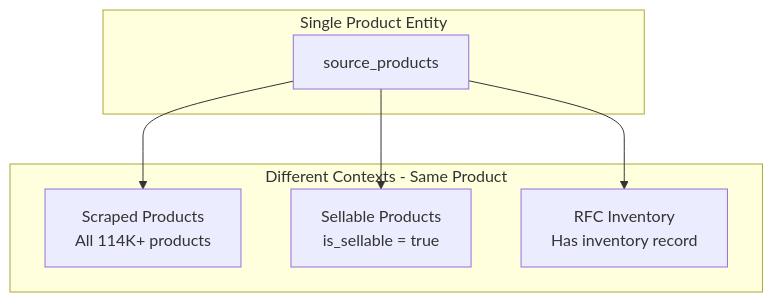
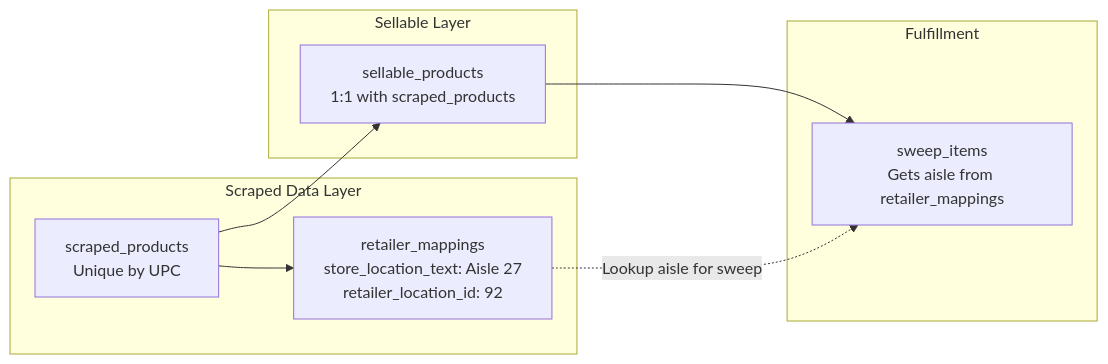
The second of 2 diagrams in docs/architecture/data-model.mdx (andrewdyar/switchyard), drawn with Mermaid before and after one commit. The commit also changed other lines of this file and 68 other files, not shown here.

First line of the commit message:
refactor: Complete database schema restructuring and cleanup

````diff
--- a/docs/architecture/data-model.mdx
+++ b/docs/architecture/data-model.mdx
@@ -14,16 +126,20 @@
 ```mermaid
-flowchart TB
-    subgraph ProductLifecycle [Single Product Entity]
-        SP[source_products]
+flowchart LR
+    subgraph ScrapedData [Scraped Data Layer]
+        SP[scraped_products<br/>Unique by UPC]
+        RM[retailer_mappings<br/>store_location_text: Aisle 27<br/>retailer_location_id: 92]
     end
     
-    subgraph Contexts [Different Contexts - Same Product]
-        Scraped[Scraped Products<br/>All 114K+ products]
-        Sellable[Sellable Products<br/>is_sellable = true]
-        Stocked[RFC Inventory<br/>Has inventory record]
+    subgraph SellableLayer [Sellable Layer]
+        SEL[sellable_products<br/>1:1 with scraped_products]
     end
     
-    SP --> Scraped
-    SP --> Sellable
-    SP --> Stocked
+    subgraph Fulfillment [Fulfillment]
+        SI[sweep_items<br/>Gets aisle from retailer_mappings]
+    end
+    
+    SP --> SEL
+    SP --> RM
+    SEL --> SI
+    RM -.->|"Lookup aisle for sweep"| SI
 ```
````
